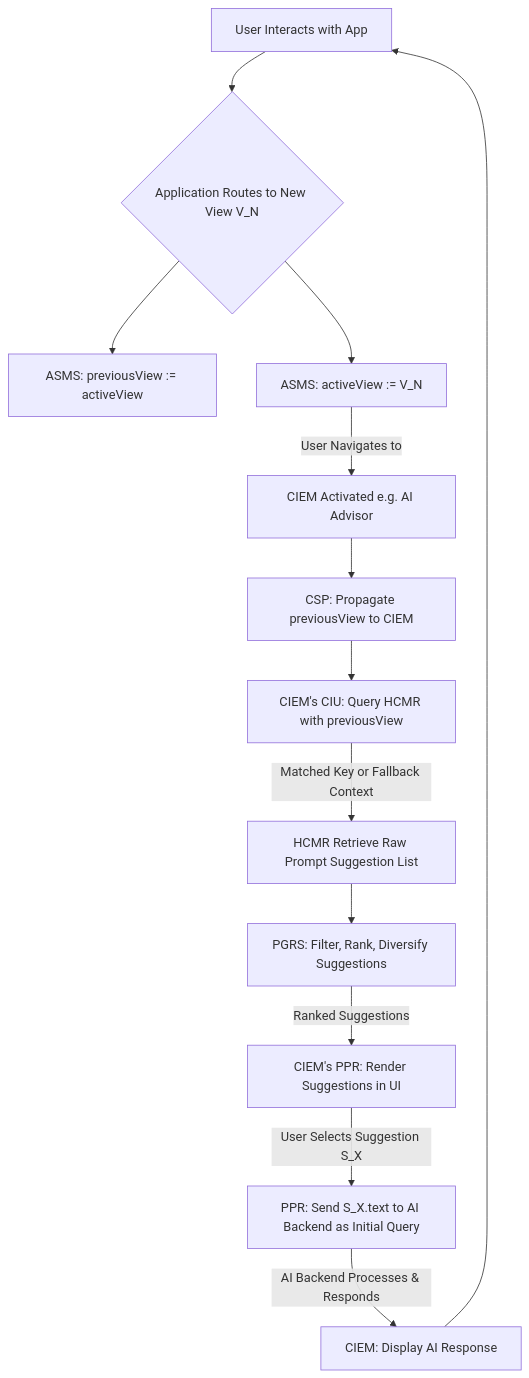
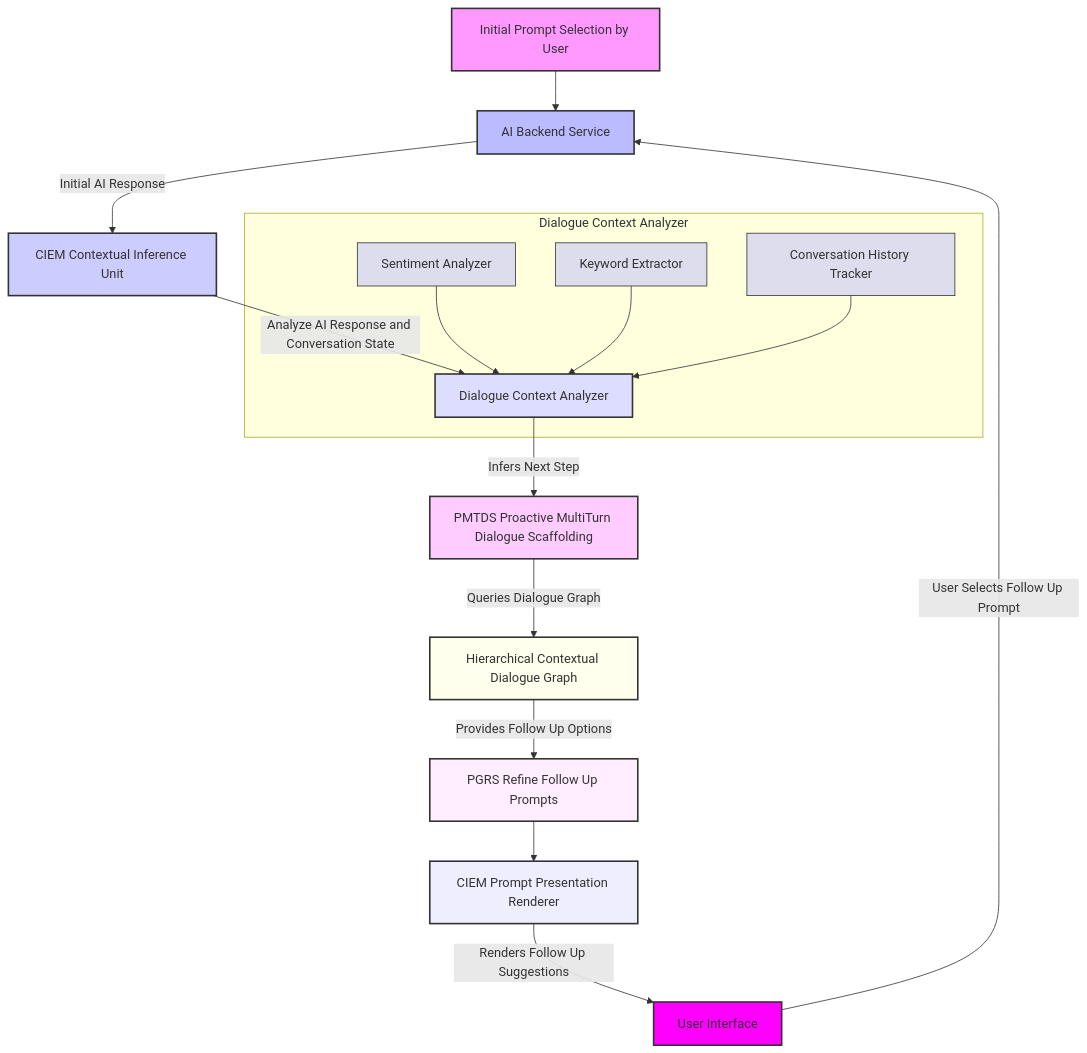
The sixth of 6 diagrams in inventions/002_ai_contextual_prompt_suggestion.md (diplomat-bit/Citibank_Demo_Business_Inc_Demonstration-), drawn with Mermaid before and after one commit. The commit also changed other lines of this file, not shown here.

Commit message:
[AI] Edit: inventions/002_ai_contextual_prompt_suggestion.md

````diff
--- a/inventions/002_ai_contextual_prompt_suggestion.md
+++ b/inventions/002_ai_contextual_prompt_suggestion.md
@@ -96,15 +346,31 @@
 ```mermaid
 graph TD
-    A[User Interacts with App] --> B{Application Routes to New View V_N}
-    B --> C[ASMS: previousView := activeView]
-    B --> D[ASMS: activeView := V_N]
-    D -- User Navigates to --> E[CIEM Activated e.g. AI Advisor]
-    E --> F[CSP: Propagate previousView to CIEM]
-    F --> G[CIEM's CIU: Query HCMR with previousView]
-    G -- Matched Key or Fallback Context --> H[HCMR Retrieve Raw Prompt Suggestion List]
-    H --> I[PGRS: Filter, Rank, Diversify Suggestions]
-    I -- Ranked Suggestions --> J[CIEM's PPR: Render Suggestions in UI]
-    J -- User Selects Suggestion S_X --> K[PPR: Send S_X.text to AI Backend as Initial Query]
-    K -- AI Backend Processes & Responds --> L[CIEM: Display AI Response]
-    L --> A
+    A[Initial Prompt Selection by User] --> B[AI Backend Service]
+    B -- Initial AI Response --> C[CIEM Contextual Inference Unit]
+    C -- Analyze AI Response and Conversation State --> D[Dialogue Context Analyzer]
+    D -- Infers Next Step --> E[PMTDS Proactive MultiTurn Dialogue Scaffolding]
+    E -- Queries Dialogue Graph --> F[Hierarchical Contextual Dialogue Graph]
+    F -- Provides Follow Up Options --> G[PGRS Refine Follow Up Prompts]
+    G --> H[CIEM Prompt Presentation Renderer]
+    H -- Renders Follow Up Suggestions --> I[User Interface]
+    I -- User Selects Follow Up Prompt --> B
+
+    subgraph Dialogue Context Analyzer
+        D1[Sentiment Analyzer] --> D
+        D2[Keyword Extractor] --> D
+        D3[Conversation History Tracker] --> D
+    end
+
+    style A fill:#f9f,stroke:#333,stroke-width:2px
+    style B fill:#bbf,stroke:#333,stroke-width:2px
+    style C fill:#ccf,stroke:#333,stroke-width:2px
+    style D fill:#ddf,stroke:#333,stroke-width:2px
+    style E fill:#fcf,stroke:#333,stroke-width:2px
+    style F fill:#ffe,stroke:#333,stroke-width:2px
+    style G fill:#fef,stroke:#333,stroke-width:2px
+    style H fill:#eef,stroke:#333,stroke-width:2px
+    style I fill:#f0f,stroke:#333,stroke-width:2px
+    style D1 fill:#dde,stroke:#333,stroke-width:1px
+    style D2 fill:#dde,stroke:#333,stroke-width:1px
+    style D3 fill:#dde,stroke:#333,stroke-width:1px
 ```
````
